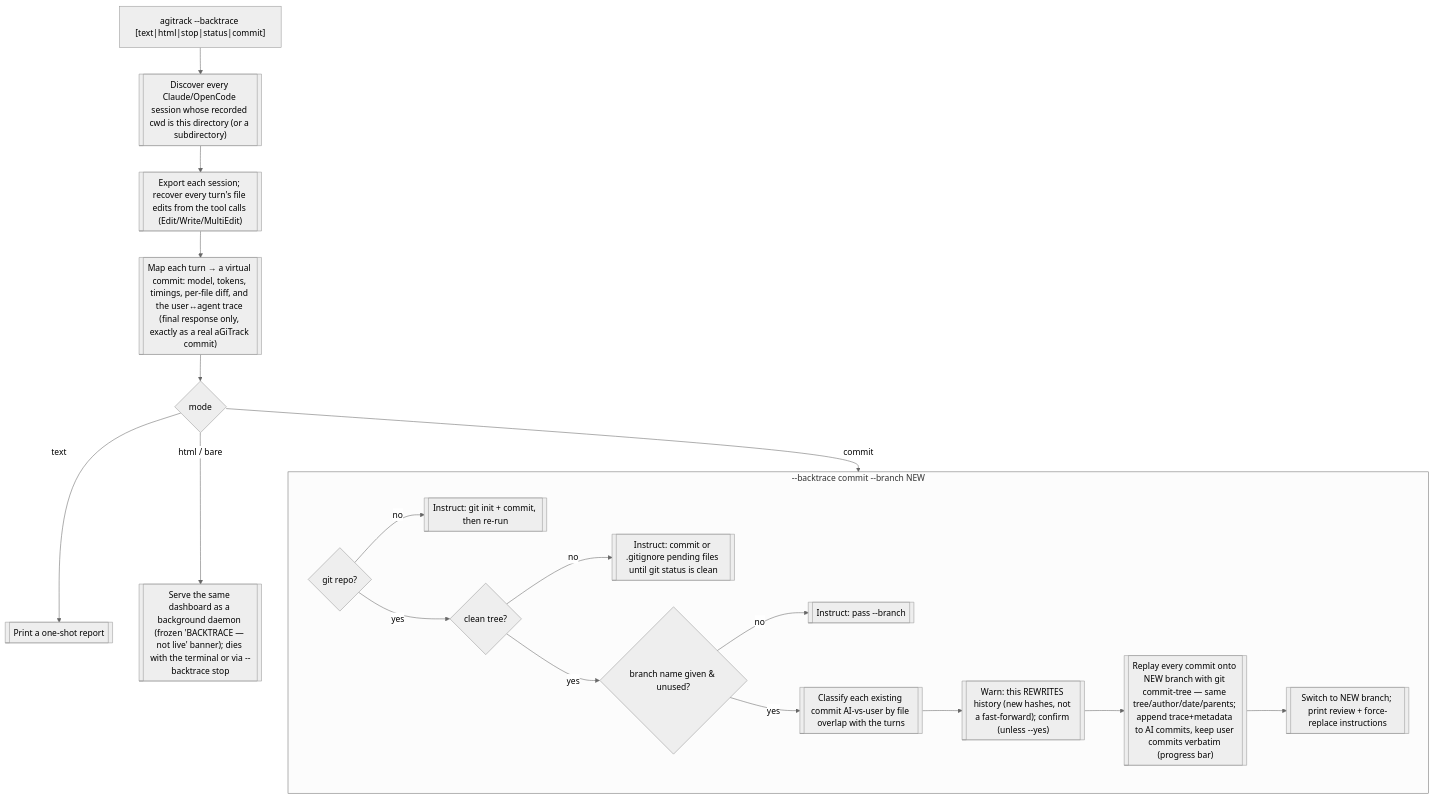
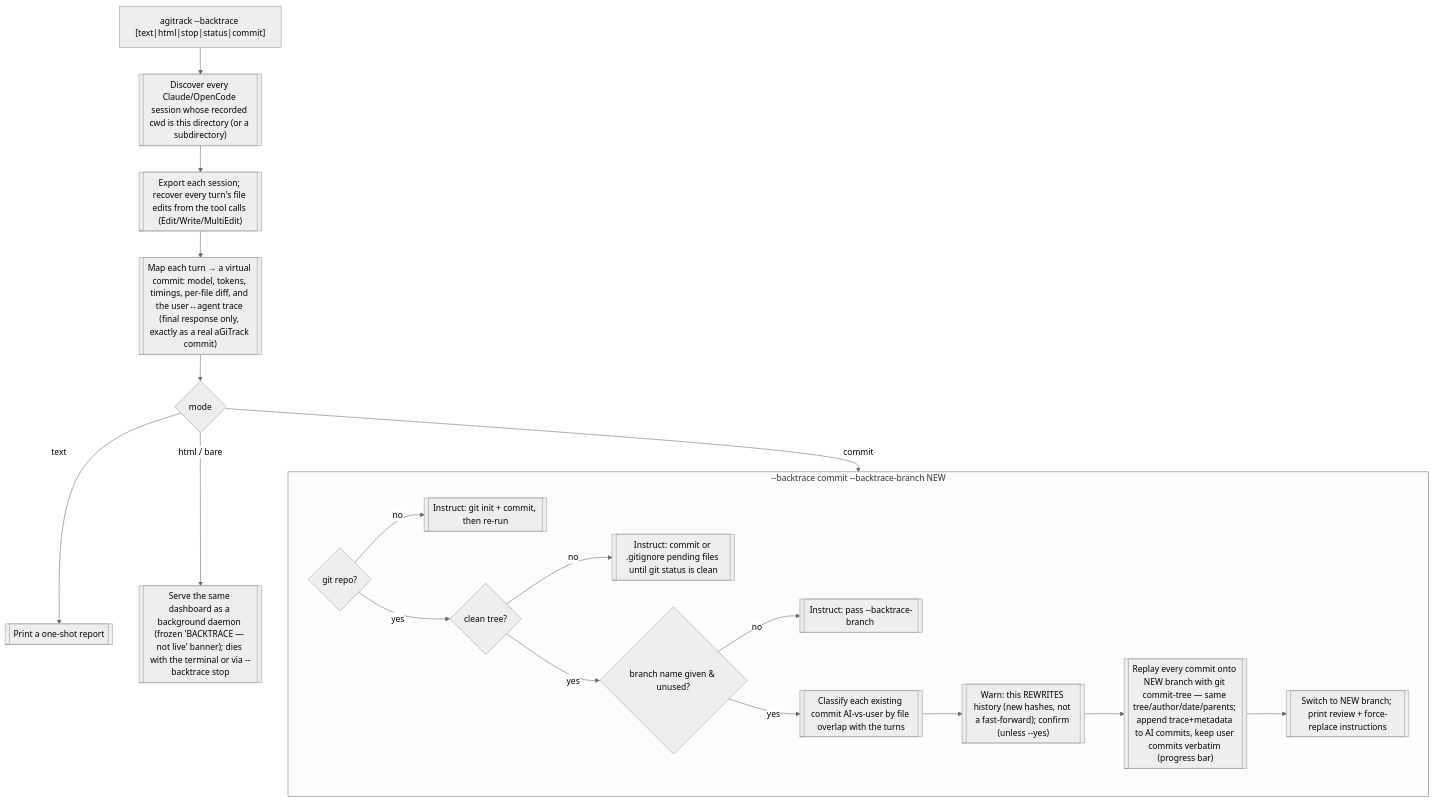
Diagram 18 of 18 in docs/user-flow.md (core-aix/agitrack), drawn with Mermaid (neutral theme) before and after one commit. The commit also changed 11 other files, not shown here.

````diff
--- a/docs/user-flow.md
+++ b/docs/user-flow.md
@@ -758,21 +758,21 @@
 ```mermaid
 flowchart TD
   bt["agitrack --backtrace [text|html|stop|status|commit]"] --> disc[["Discover every Claude/OpenCode session whose recorded cwd is this directory (or a subdirectory)"]]
   disc --> exp[["Export each session; recover every turn's file edits from the tool calls (Edit/Write/MultiEdit)"]]
   exp --> map[["Map each turn → a virtual commit: model, tokens, timings, per-file diff, and the user↔agent trace (final response only, exactly as a real aGiTrack commit)"]]
   map --> mode{mode}
   mode -->|text| txt[["Print a one-shot report"]]
   mode -->|html / bare| serve[["Serve the same dashboard as a background daemon (frozen 'BACKTRACE — not live' banner); dies with the terminal or via --backtrace stop"]]
   mode -->|commit| commit
-  subgraph commit["--backtrace commit --branch NEW"]
+  subgraph commit["--backtrace commit --backtrace-branch NEW"]
     g1{git repo?} -->|no| gi[["Instruct: git init + commit, then re-run"]]
     g1 -->|yes| g2{clean tree?}
     g2 -->|no| gd[["Instruct: commit or .gitignore pending files until git status is clean"]]
     g2 -->|yes| g3{branch name given & unused?}
-    g3 -->|no| gb[["Instruct: pass --branch <new-branch>"]]
+    g3 -->|no| gb[["Instruct: pass --backtrace-branch <new-branch>"]]
     g3 -->|yes| cls[["Classify each existing commit AI-vs-user by file overlap with the turns"]]
     cls --> warn[["Warn: this REWRITES history (new hashes, not a fast-forward); confirm (unless --yes)"]]
     warn --> replay[["Replay every commit onto NEW branch with git commit-tree — same tree/author/date/parents; append trace+metadata to AI commits, keep user commits verbatim (progress bar)"]]
     replay --> sw[["Switch to NEW branch; print review + force-replace instructions"]]
   end
 ```
````
